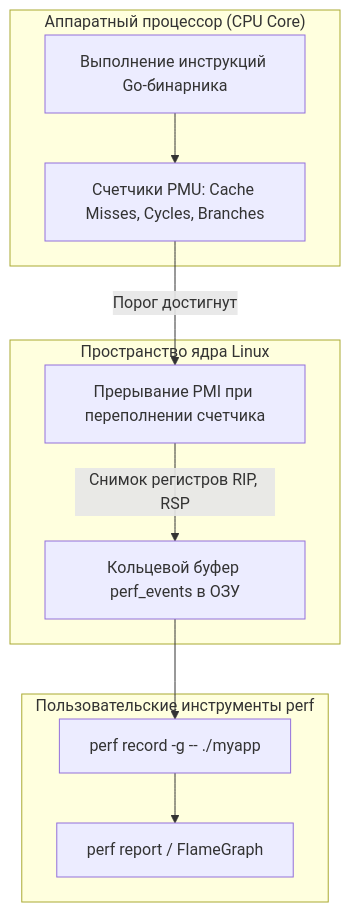
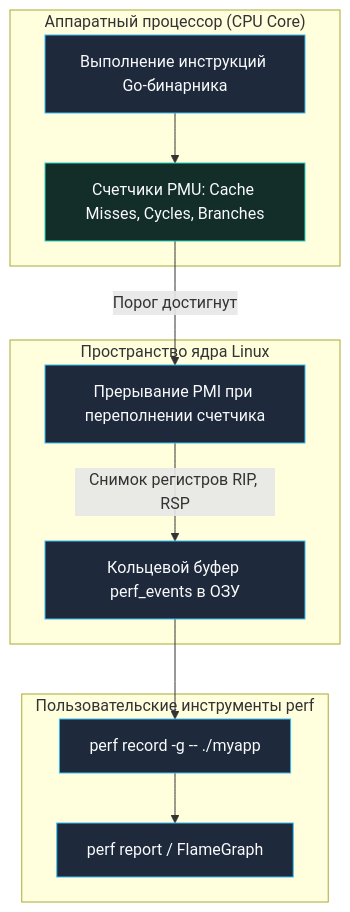
One commit to UnrealTemplier/go-textbook changed the third of 4 diagrams in sources/2. Устройство и работа ОС/60. perf, top, vmstat, iostat и другие инструменты Linux.md. Above: the diagram before and after it, drawn with Mermaid. The commit also changed other lines of this file and 1666 other files, not shown here.

First line of the commit message:
feat(mermaid): add semantic color classDef to 1369 colorless flowchart/graph diagrams

````diff
--- a/sources/2. Устройство и работа ОС/60. perf, top, vmstat, iostat и другие инструменты Linux.md
+++ b/sources/2. Устройство и работа ОС/60. perf, top, vmstat, iostat и другие инструменты Linux.md
@@ -178,23 +198,33 @@
 ```mermaid
 flowchart TD
+    classDef process  fill:#1e293b,stroke:#38bdf8,stroke-width:1px,color:#f8fafc
+    classDef success  fill:#064e3b,stroke:#34d399,stroke-width:1px,color:#f8fafc
+    classDef error    fill:#7f1d1d,stroke:#f87171,stroke-width:1px,color:#f8fafc
+    classDef warning  fill:#78350f,stroke:#fbbf24,stroke-width:1px,color:#f8fafc
+    classDef entry    fill:#1e3a5f,stroke:#38bdf8,stroke-width:2px,color:#f8fafc
+    classDef aux      fill:#334155,stroke:#64748b,stroke-width:1px,color:#f8fafc
+    classDef system   fill:#312e81,stroke:#a78bfa,stroke-width:1px,color:#f8fafc
+    classDef data     fill:#132d29,stroke:#2dd4bf,stroke-width:1px,color:#f8fafc
+    classDef network  fill:#881337,stroke:#fb7185,stroke-width:1px,color:#f8fafc
+    classDef accent   fill:#1e1b4b,stroke:#818cf8,stroke-width:1px,color:#f8fafc
     subgraph Hardware ["Аппаратный процессор (CPU Core)"]
-        InstructionExec["Выполнение инструкций Go-бинарника"]
-        PMUCounters["Счетчики PMU: Cache Misses, Cycles, Branches"]
+        InstructionExec["Выполнение инструкций Go-бинарника"]:::process
+        PMUCounters["Счетчики PMU: Cache Misses, Cycles, Branches"]:::data
     end
 
     subgraph KernelRing ["Пространство ядра Linux"]
-        PMI_Interrupt["Прерывание PMI при переполнении счетчика"]
-        RingBuffer["Кольцевой буфер perf_events в ОЗУ"]
+        PMI_Interrupt["Прерывание PMI при переполнении счетчика"]:::process
+        RingBuffer["Кольцевой буфер perf_events в ОЗУ"]:::process
     end
 
     subgraph PerfCLI ["Пользовательские инструменты perf"]
-        PerfRecord["perf record -g -- ./myapp"]
-        PerfReport["perf report / FlameGraph"]
+        PerfRecord["perf record -g -- ./myapp"]:::process
+        PerfReport["perf report / FlameGraph"]:::process
     end
 
     InstructionExec --> PMUCounters
     PMUCounters -->|Порог достигнут| PMI_Interrupt
     PMI_Interrupt -->|Снимок регистров RIP, RSP| RingBuffer
     RingBuffer --> PerfRecord
     PerfRecord --> PerfReport
 ```
````
